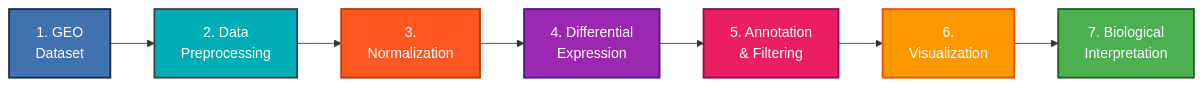
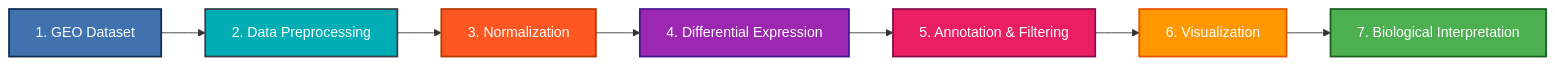
The diagram in README.md (JoseManurung/PDAC-PNI-Transcriptomics-Analysis), drawn with Mermaid before and after one commit.

````diff
--- a/README.md
+++ b/README.md
@@ -80,18 +80,18 @@
 ```mermaid
 graph LR
-    S1[1. GEO<br/>Dataset] --> S2[2. Data<br/>Preprocessing]
-    S2 --> S3[3.<br/>Normalization]
-    S3 --> S4[4. Differential<br/>Expression]
-    S4 --> S5[5. Annotation<br/>& Filtering]
-    S5 --> S6[6.<br/>Visualization]
-    S6 --> S7[7. Biological<br/>Interpretation]
+    S1["1. GEO Dataset"] --> S2["2. Data Preprocessing"]
+    S2 --> S3["3. Normalization"]
+    S3 --> S4["4. Differential Expression"]
+    S4 --> S5["5. Annotation & Filtering"]
+    S5 --> S6["6. Visualization"]
+    S6 --> S7["7. Biological Interpretation"]
 
     %% Creative Colorful Styling for Each Step
     style S1 fill:#3f72af,color:#fff,stroke:#112d4e,stroke-width:2px
     style S2 fill:#00adb5,color:#fff,stroke:#393e46,stroke-width:2px
     style S3 fill:#ff5722,color:#fff,stroke:#b23b00,stroke-width:2px
     style S4 fill:#9c27b0,color:#fff,stroke:#4a148c,stroke-width:2px
     style S5 fill:#e91e63,color:#fff,stroke:#880e4f,stroke-width:2px
     style S6 fill:#ff9800,color:#fff,stroke:#e65100,stroke-width:2px
     style S7 fill:#4caf50,color:#fff,stroke:#1b5e20,stroke-width:2px
 ```
````
